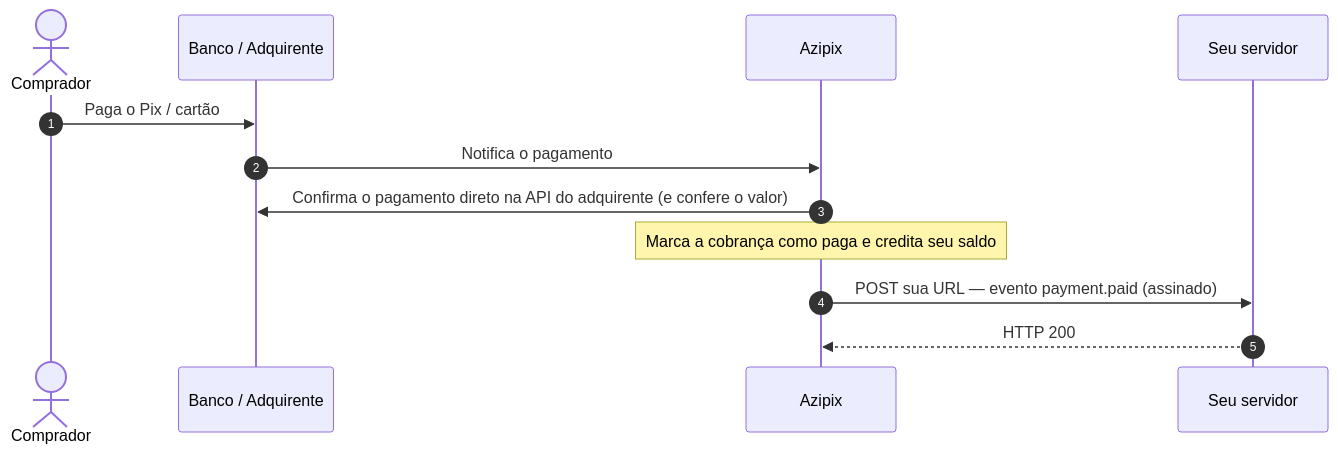
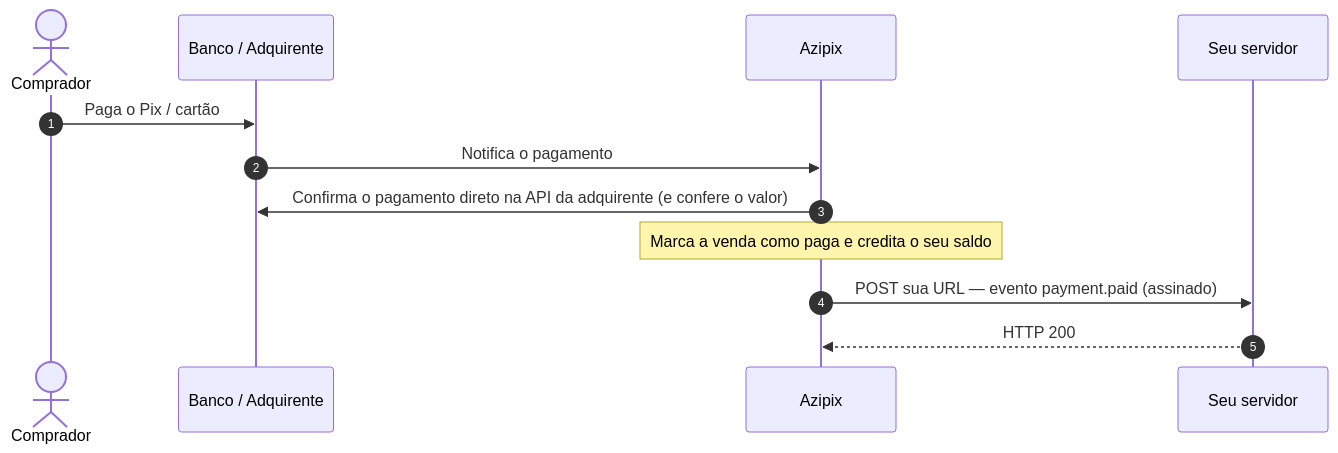
Before and after one commit to KingsmanPHP/azipix-docs: the diagram in webhooks/overview.mdx, drawn with Mermaid. The commit also changed other lines of this file and 29 other files, not shown here.

````diff
--- a/webhooks/overview.mdx
+++ b/webhooks/overview.mdx
@@ -16,15 +22,15 @@
 ```mermaid
 sequenceDiagram
     autonumber
     actor Comprador
     participant Banco as Banco / Adquirente
     participant Azipix
     participant Voce as Seu servidor
 
     Comprador->>Banco: Paga o Pix / cartão
     Banco->>Azipix: Notifica o pagamento
-    Azipix->>Banco: Confirma o pagamento direto na API do adquirente (e confere o valor)
-    Note over Azipix: Marca a cobrança como paga e credita seu saldo
+    Azipix->>Banco: Confirma o pagamento direto na API da adquirente (e confere o valor)
+    Note over Azipix: Marca a venda como paga e credita o seu saldo
     Azipix->>Voce: POST sua URL — evento payment.paid (assinado)
     Voce-->>Azipix: HTTP 200
 ```
````
